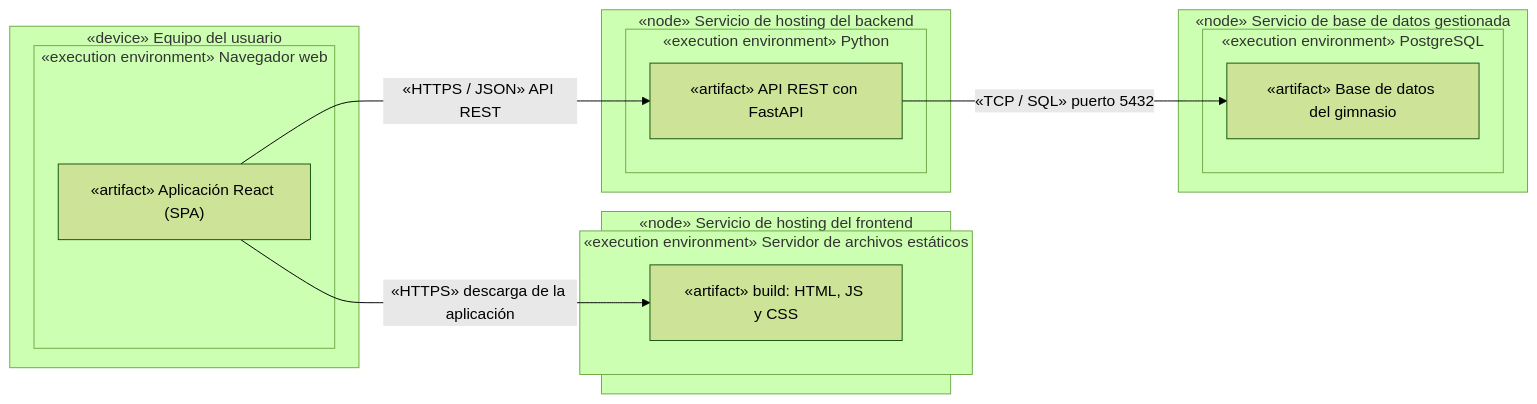
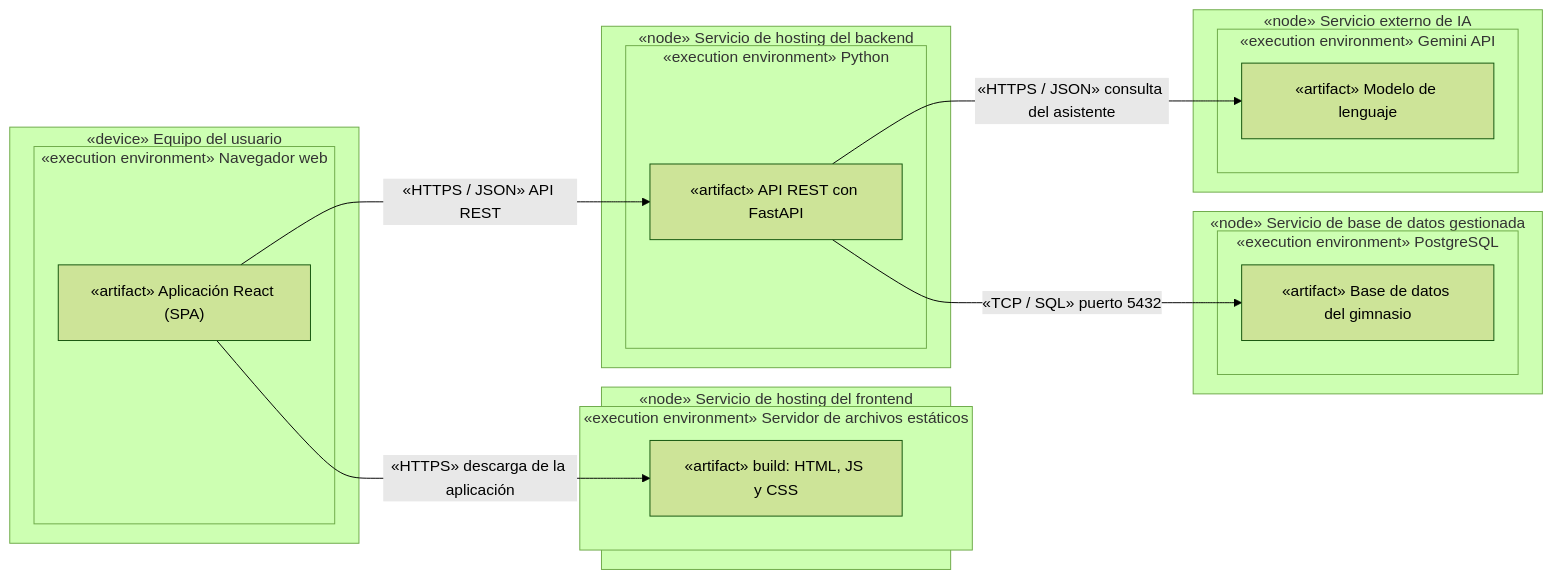
The diagram in docs/diagrama_despliegue.md (pao41/Trabajo-Final-Integrador), drawn with Mermaid (forest theme) before and after one commit. The commit also changed other lines of this file and 1 other file, not shown here.

Commit message:
docs: agregar el servicio de IA a seguridad y al diagrama de despliegue

````diff
--- a/docs/diagrama_despliegue.md
+++ b/docs/diagrama_despliegue.md
@@ -5,27 +5,34 @@
 ```mermaid
 flowchart LR
     subgraph N1["«device» Equipo del usuario"]
         subgraph E1["«execution environment» Navegador web"]
             A1["«artifact» Aplicación React (SPA)"]
         end
     end
     subgraph N2["«node» Servicio de hosting del frontend"]
         subgraph E2["«execution environment» Servidor de archivos estáticos"]
             A2["«artifact» build: HTML, JS y CSS"]
         end
     end
     subgraph N3["«node» Servicio de hosting del backend"]
         subgraph E3["«execution environment» Python"]
             A3["«artifact» API REST con FastAPI"]
         end
     end
     subgraph N4["«node» Servicio de base de datos gestionada"]
         subgraph E4["«execution environment» PostgreSQL"]
             A4["«artifact» Base de datos del gimnasio"]
         end
     end
 
+    subgraph N5["«node» Servicio externo de IA"]
+        subgraph E5["«execution environment» Gemini API"]
+            A5["«artifact» Modelo de lenguaje"]
+        end
+    end
+
     A1 -->|"«HTTPS» descarga de la aplicación"| A2
     A1 -->|"«HTTPS / JSON» API REST"| A3
     A3 -->|"«TCP / SQL» puerto 5432"| A4
+    A3 -->|"«HTTPS / JSON» consulta del asistente"| A5
 ```
````
